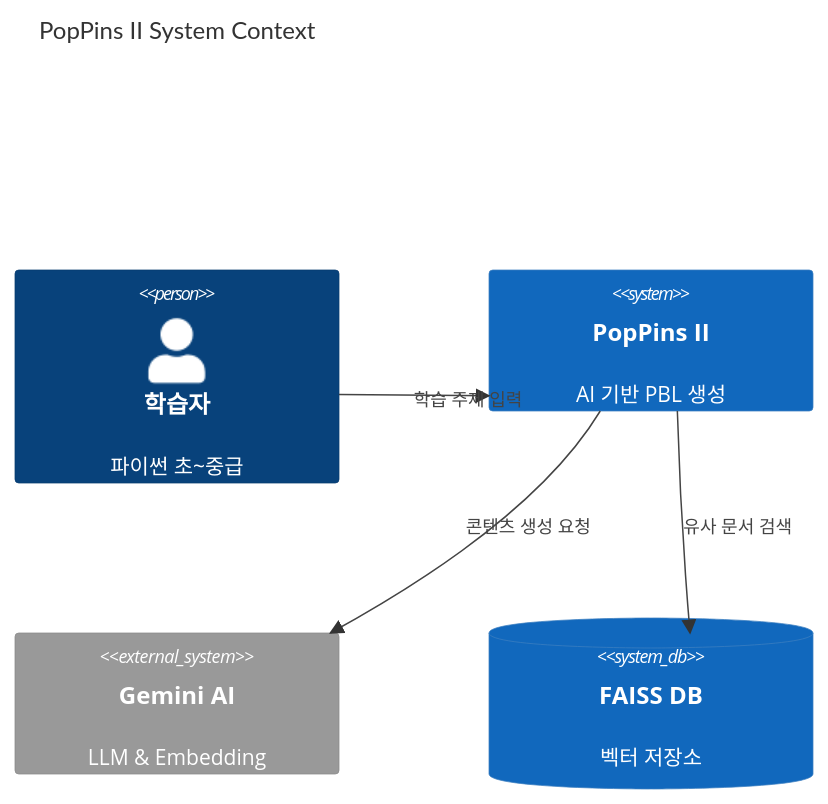
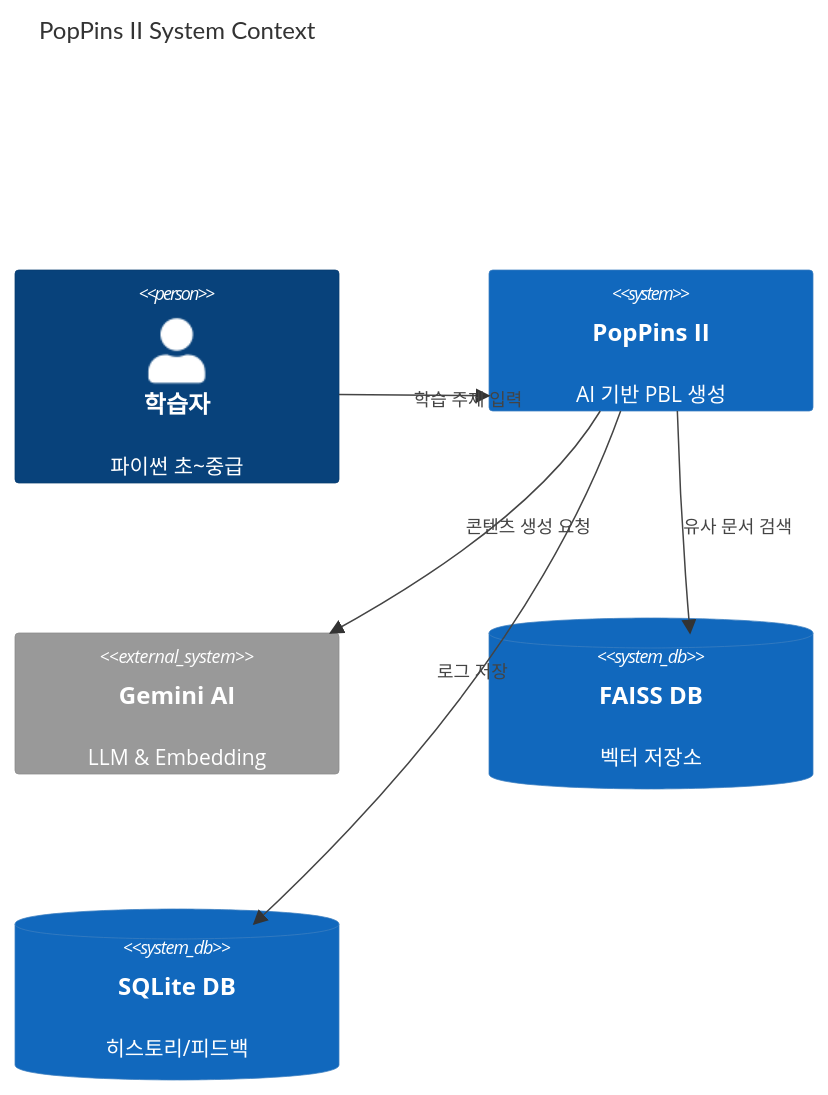
The tenth of 10 diagrams in plans/pop_pins_ii_sequence_diagram.md (I-nkamanda/poppins), drawn with Mermaid before and after one commit. The commit also changed other lines of this file and 15 other files, not shown here.

````diff
--- a/plans/pop_pins_ii_sequence_diagram.md
+++ b/plans/pop_pins_ii_sequence_diagram.md
@@ -289,13 +237,15 @@
 ```mermaid
 C4Context
     title PopPins II System Context
     
     Person(user, "학습자", "파이썬 초~중급")
     System(poppins, "PopPins II", "AI 기반 PBL 생성")
     System_Ext(gemini, "Gemini AI", "LLM & Embedding")
     SystemDb(faiss, "FAISS DB", "벡터 저장소")
+    SystemDb(sqlite, "SQLite DB", "히스토리/피드백")
     
     Rel(user, poppins, "학습 주제 입력")
     Rel(poppins, gemini, "콘텐츠 생성 요청")
     Rel(poppins, faiss, "유사 문서 검색")
+    Rel(poppins, sqlite, "로그 저장")
 ```
````
